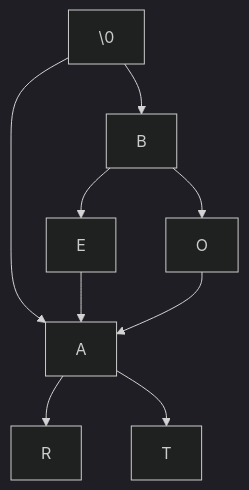
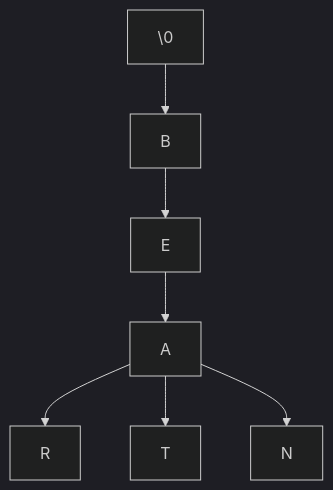
One commit to mmcnally1/arduino-projects changed the diagram in morse-code/README.md. Above: the diagram before and after it, drawn with Mermaid (dark theme).

````diff
--- a/morse-code/README.md
+++ b/morse-code/README.md
@@ -9,11 +9,9 @@
 ```mermaid
 graph TD;
 \0 --> B
-\0 --> A
 B --> E
 E --> A
 A --> R
 A --> T
-B --> O
-O --> A
+A --> N
 ```
````
